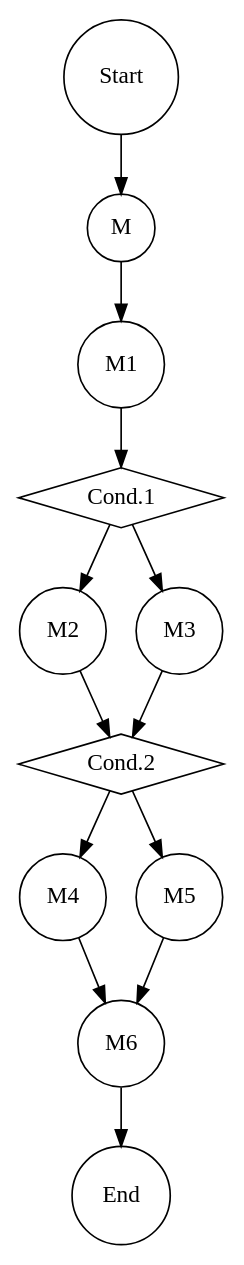
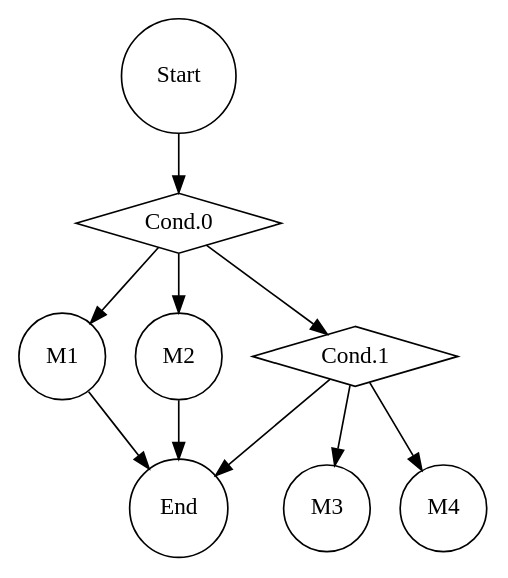
One commit to yonghun8343/FuncWatch changed the diagram in CCG/output.dot. Above: the diagram before and after it, drawn with Graphviz. The commit also changed 5 other files, not shown here.

```diff
--- a/CCG/output.dot
+++ b/CCG/output.dot
@@ -1,25 +1,19 @@
 strict digraph {
-  "global:M" [label=M,shape=circle,type=FunctionDeclaration,scope=global]
-  "M:Cond.1" [label="Cond.1",shape=diamond,type=Condition,scope=M]
-  "M:Cond.2" [label="Cond.2",shape=diamond,type=Condition,scope=M]
-  "global:M1" [label=M1,shape=circle,type=FunctionDeclaration,scope=global]
-  "global:M2" [label=M2,shape=circle,type=FunctionDeclaration,scope=global]
-  "global:M3" [label=M3,shape=circle,type=FunctionDeclaration,scope=global]
-  "global:M4" [label=M4,shape=circle,type=FunctionDeclaration,scope=global]
-  "global:M5" [label=M5,shape=circle,type=FunctionDeclaration,scope=global]
-  "global:M6" [label=M6,shape=circle,type=FunctionDeclaration,scope=global]
-  "global:Start" [label=Start,shape=circle,type=EntryPoint,scope=global]
-  "global:End" [label=End,shape=circle,type=ExitPoint,scope=global]
-  "global:M" -> "global:M1" [type=control]
-  "global:M1" -> "M:Cond.1" [type=control]
-  "M:Cond.1" -> "global:M2" [type=control]
-  "M:Cond.1" -> "global:M3" [type=control]
-  "global:M3" -> "M:Cond.2" [type=control]
-  "global:M2" -> "M:Cond.2" [type=control]
-  "M:Cond.2" -> "global:M4" [type=control]
-  "M:Cond.2" -> "global:M5" [type=control]
-  "global:M5" -> "global:M6" [type=control]
-  "global:M4" -> "global:M6" [type=control]
-  "global:Start" -> "global:M" [type=call]
-  "global:M6" -> "global:End" [type=control]
+  "global:Start" [label=Start,shape=circle,type=EntryPoint]
+  "global:Cond.0" [label="Cond.0",shape=diamond,type=Condition]
+  "global:Cond.1" [label="Cond.1",shape=diamond,type=Condition]
+  "global:End" [label=End,shape=circle,type=ExitPoint]
+  "global:M1" [label=M1,shape=circle,type=FunctionDeclaration]
+  "global:M2" [label=M2,shape=circle,type=FunctionDeclaration]
+  "global:M3" [label=M3,shape=circle,type=FunctionDeclaration]
+  "global:M4" [label=M4,shape=circle,type=FunctionDeclaration]
+  "global:Start" -> "global:Cond.0" [type=call]
+  "global:Cond.0" -> "global:M1" [type=control]
+  "global:Cond.0" -> "global:M2" [type=control]
+  "global:Cond.0" -> "global:Cond.1" [type=call]
+  "global:Cond.1" -> "global:M3" [type=control]
+  "global:Cond.1" -> "global:M4" [type=control]
+  "global:Cond.1" -> "global:End" [type=control]
+  "global:M2" -> "global:End" [type=control]
+  "global:M1" -> "global:End" [type=control]
 }
```
